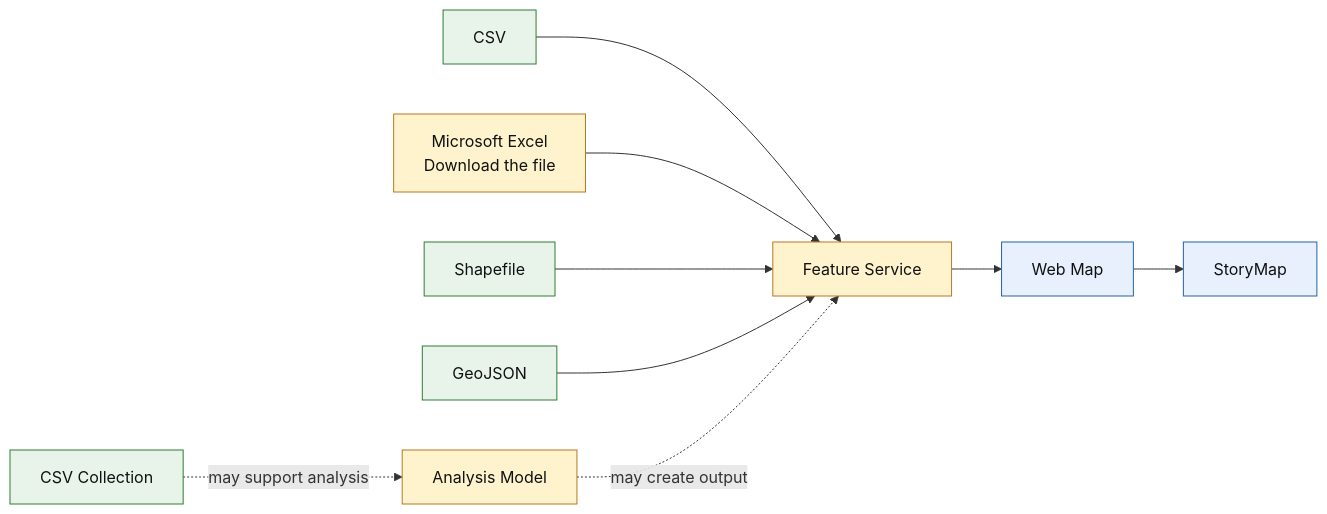
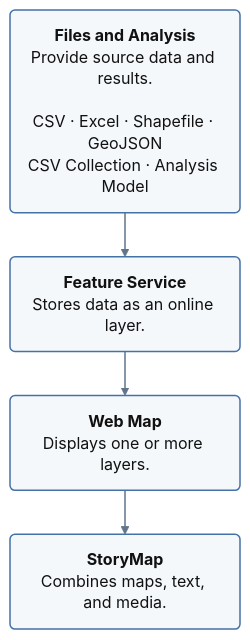
The diagram in ArcGIS/Transferring ArcGIS Online Content with ArcGIS Assistant.md (Teemo332/arcgis-tutorial-test), drawn with Mermaid before and after one commit. The commit also changed other lines of this file, not shown here.

````diff
--- a/ArcGIS/Transferring ArcGIS Online Content with ArcGIS Assistant.md
+++ b/ArcGIS/Transferring ArcGIS Online Content with ArcGIS Assistant.md
@@ -62,28 +37,14 @@
 ```mermaid
-flowchart LR
-    CSV[CSV]
-    XLSX[Microsoft Excel<br/>Download the file]
-    SHP[Shapefile]
-    GEO[GeoJSON]
-    CSVC[CSV Collection]
-    MODEL[Analysis Model]
-    FS[Feature Service]
-    WM[Web Map]
-    SM[StoryMap]
+%%{init: {"flowchart": {"nodeSpacing": 28, "rankSpacing": 44, "curve": "linear"}, "themeVariables": {"fontFamily": "Arial, Helvetica, sans-serif", "fontSize": "16px", "lineColor": "#60758a"}}}%%
+flowchart TD
+    SOURCE("<b>Files and Analysis</b><br/>Provide source data and results.<br/><br/>CSV · Excel · Shapefile · GeoJSON<br/>CSV Collection · Analysis Model")
+    FS("<b>Feature Service</b><br/>Stores data as an online layer.")
+    WM("<b>Web Map</b><br/>Displays one or more layers.")
+    SM("<b>StoryMap</b><br/>Combines maps, text, and media.")
 
-    CSV --> FS
-    XLSX --> FS
-    SHP --> FS
-    GEO --> FS
-    CSVC -. may support analysis .-> MODEL
-    MODEL -. may create output .-> FS
-    FS --> WM
-    WM --> SM
+    SOURCE --> FS --> WM --> SM
 
-    classDef file fill:#e8f4ea,stroke:#2e7d32,color:#111;
-    classDef limited fill:#fff3cd,stroke:#b7791f,color:#111;
-    classDef map fill:#e8f0fe,stroke:#2463a7,color:#111;
-    class CSV,SHP,GEO,CSVC file;
-    class XLSX,MODEL,FS limited;
-    class WM,SM map;
+    classDef step fill:#f5f8fb,stroke:#4472a7,stroke-width:1.5px,color:#111,font-size:16px,line-height:1.35;
+    class SOURCE,FS,WM,SM step;
+    linkStyle default stroke:#60758a,stroke-width:1.5px;
 ```
````
